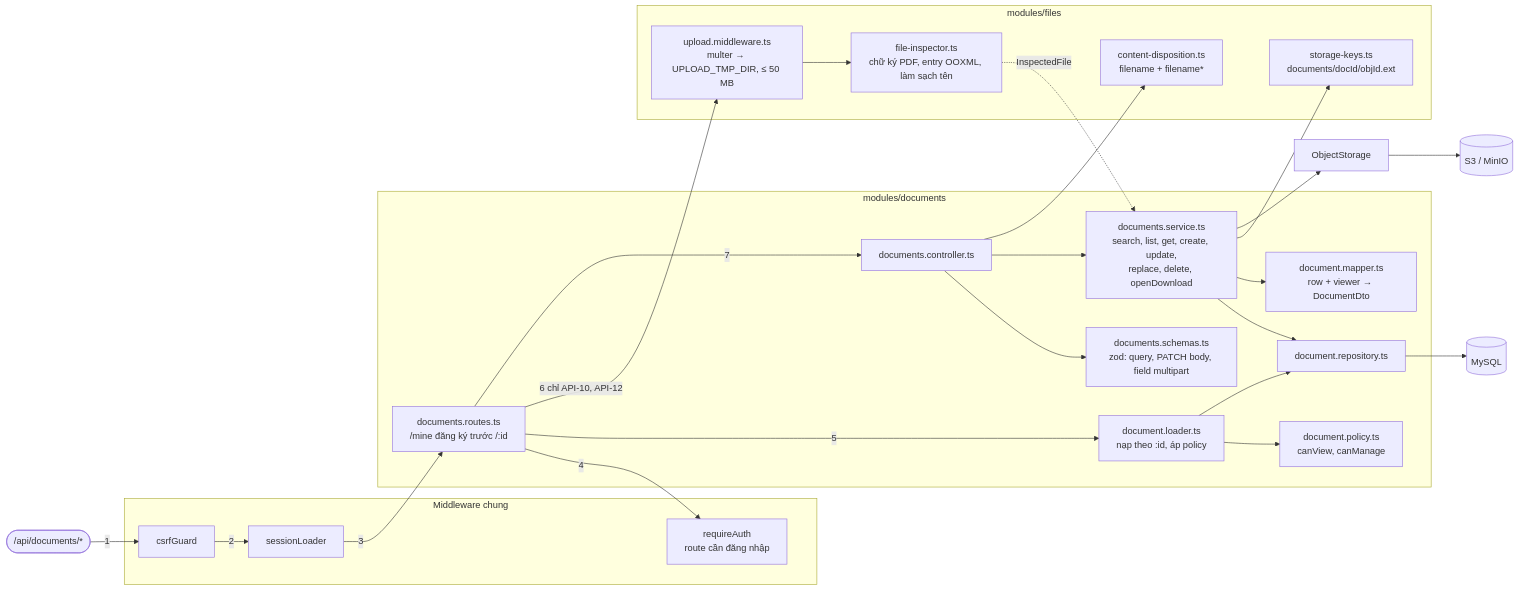
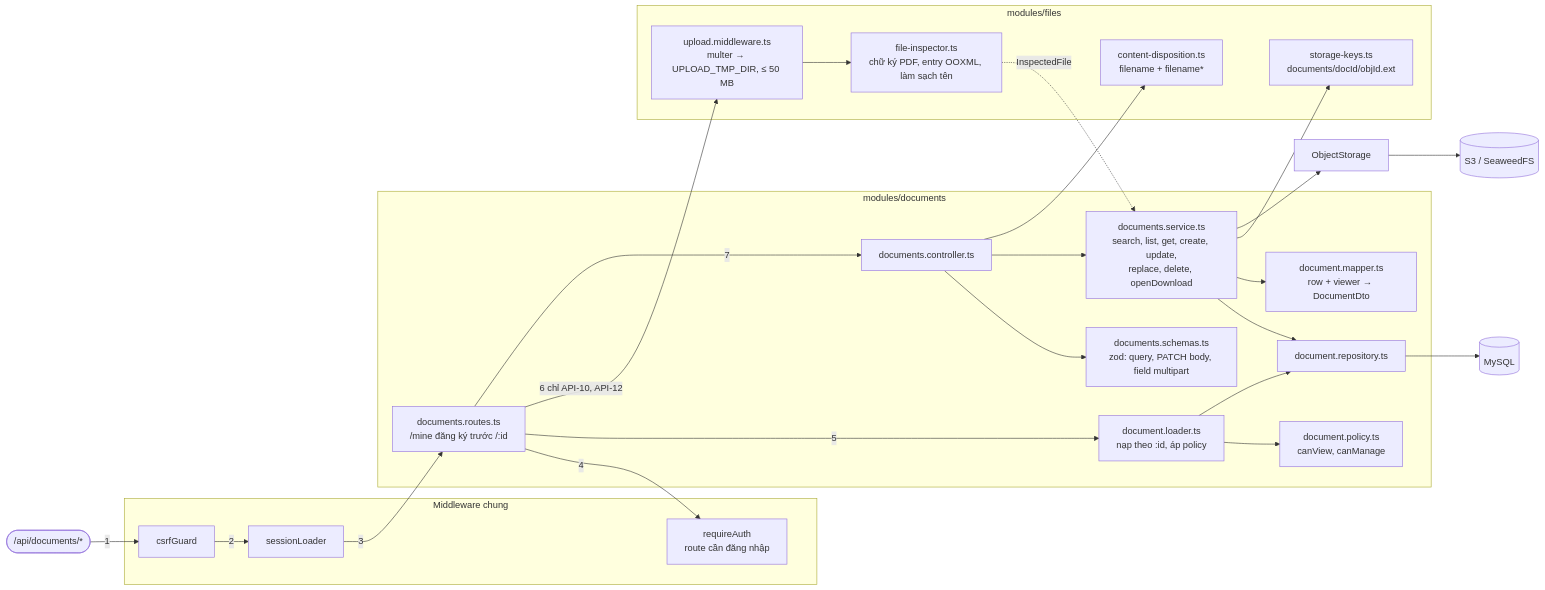
Before and after one commit to august0362/btl_cloud: the eighth of 38 diagrams in docs/ARCHITECTURE.md, drawn with Mermaid. The commit also changed other lines of this file and 72 other files, not shown here.

````diff
--- a/docs/ARCHITECTURE.md
+++ b/docs/ARCHITECTURE.md
@@ -377,46 +383,46 @@
 ```mermaid
 flowchart LR
   req(["/api/documents/*"])
   subgraph mw["Middleware chung"]
     csrf["csrfGuard"]
     sess["sessionLoader"]
     rauth["requireAuth<br/>route cần đăng nhập"]
   end
   subgraph docmod["modules/documents"]
     droutes["documents.routes.ts<br/>/mine đăng ký trước /:id"]
     loader["document.loader.ts<br/>nạp theo :id, áp policy"]
     policy["document.policy.ts<br/>canView, canManage"]
     dctrl["documents.controller.ts"]
     dschema["documents.schemas.ts<br/>zod: query, PATCH body, field multipart"]
     dsvc["documents.service.ts<br/>search, list, get, create, update,<br/>replace, delete, openDownload"]
     drepo["document.repository.ts"]
     dmap["document.mapper.ts<br/>row + viewer → DocumentDto"]
   end
   subgraph filesmod["modules/files"]
     upl["upload.middleware.ts<br/>multer → UPLOAD_TMP_DIR, ≤ 50 MB"]
     insp["file-inspector.ts<br/>chữ ký PDF, entry OOXML, làm sạch tên"]
     keys["storage-keys.ts<br/>documents/docId/objId.ext"]
     cdisp["content-disposition.ts<br/>filename + filename*"]
   end
   storage["ObjectStorage"]
   db[("MySQL")]
-  s3[("S3 / MinIO")]
+  s3[("S3 / SeaweedFS")]
   req -->|"1"| csrf -->|"2"| sess -->|"3"| droutes
   droutes -->|"4"| rauth
   droutes -->|"5"| loader
   loader --> policy
   loader --> drepo
   droutes -->|"6 chỉ API-10, API-12"| upl
   upl --> insp
   droutes -->|"7"| dctrl
   dctrl --> dschema
   dctrl --> dsvc
   dctrl --> cdisp
   insp -.->|"InspectedFile"| dsvc
   dsvc --> drepo
   dsvc --> dmap
   dsvc --> keys
   dsvc --> storage
   drepo --> db
   storage --> s3
 ```
````
